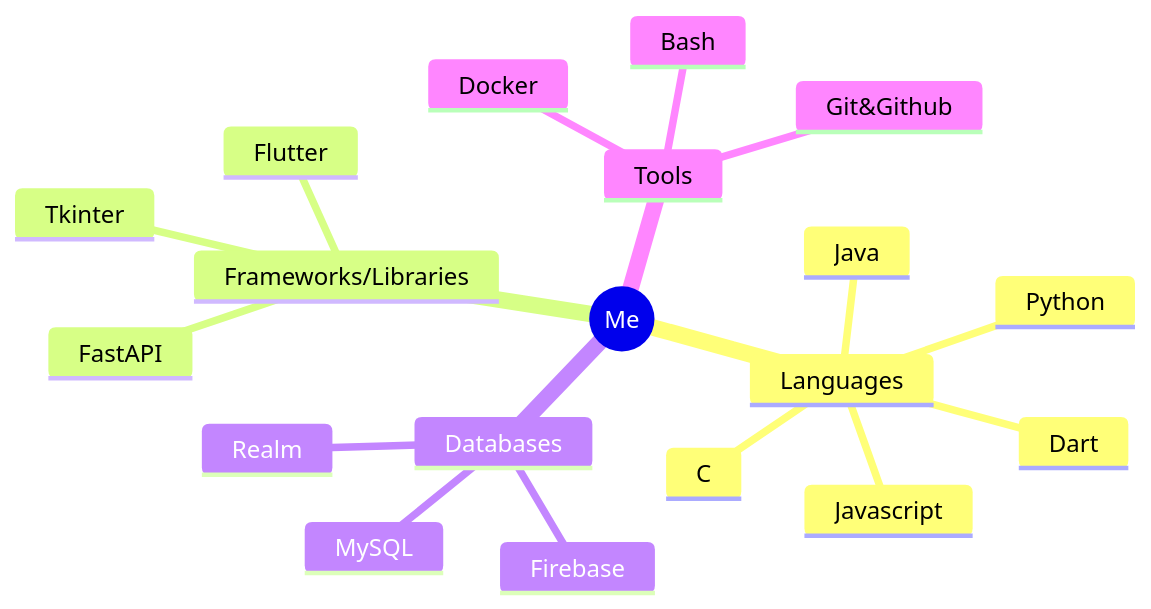
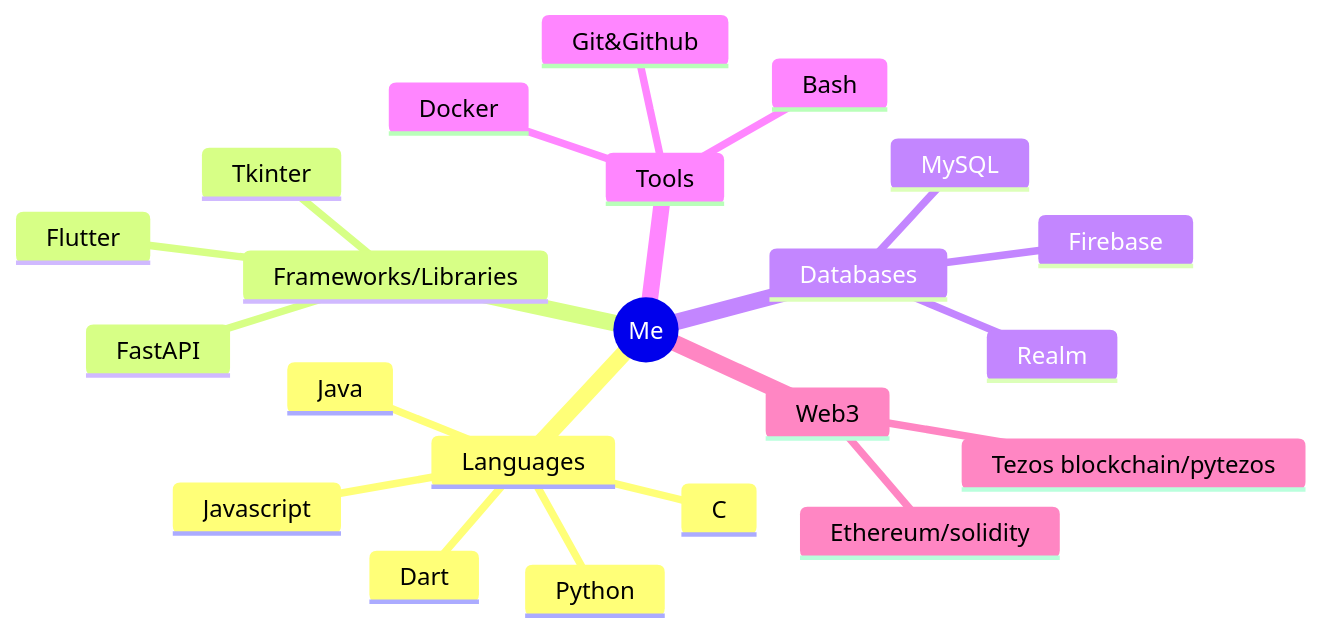
Before and after one commit to MukalDadhwal/MukalDadhwal: the diagram in README.md, drawn with Mermaid. The commit also changed other lines of this file, not shown here.

Commit message:
changed header height and added web3

````diff
--- a/README.md
+++ b/README.md
@@ -53,22 +53,25 @@
 ```mermaid
 mindmap
   root((Me))
     Languages
       Python
       Java
       Javascript
       Dart
       C
     Frameworks/Libraries
       Flutter
       FastAPI
       Tkinter
     Databases
       MySQL
       Firebase
       Realm
     Tools
       Git&Github
       Docker
       Bash
+    Web3
+      Tezos blockchain/pytezos
+      Ethereum/solidity
 ```
````
